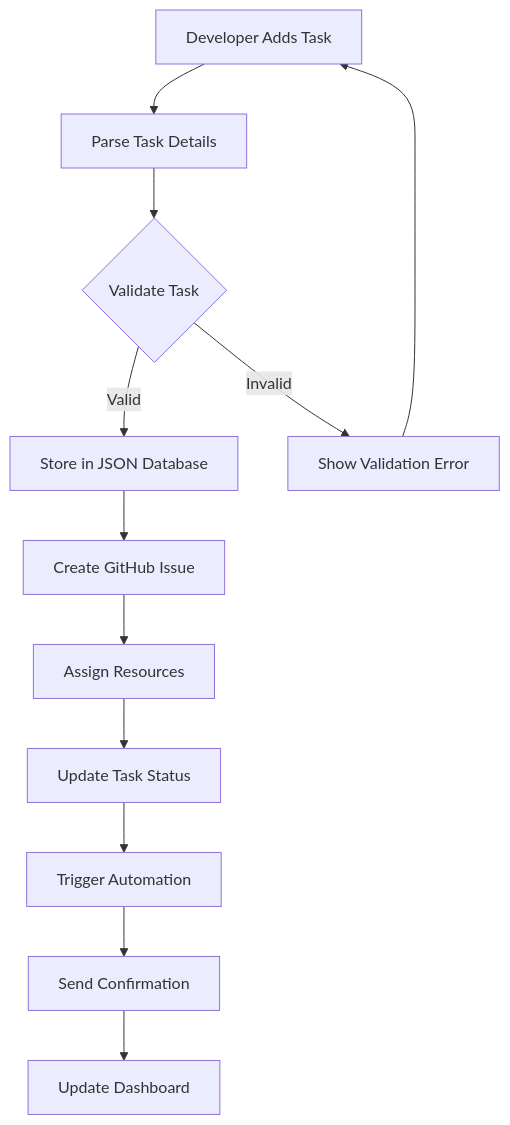
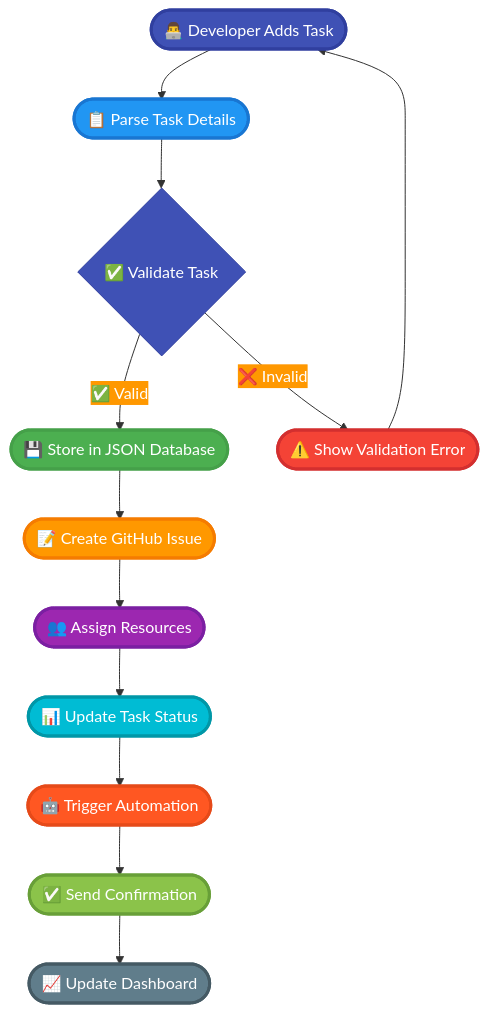
The fourth of 13 diagrams in README.md (Shakour-Data/AutoProjectManagement), drawn with Mermaid before and after one commit. The commit also changed other lines of this file, not shown here.

Commit message:
`Added detailed system architecture diagrams and UML diagrams to the README file.`

````diff
--- a/README.md
+++ b/README.md
@@ -92,14 +119,26 @@
 ```mermaid
+%%{init: {'theme':'base', 'themeVariables': { 'primaryColor': '#3F51B5', 'primaryTextColor': '#fff', 'primaryBorderColor': '#303F9F', 'lineColor': '#333', 'secondaryColor': '#FF9800', 'tertiaryColor': '#fff'}}}%%
 flowchart TD
-    A[Developer Adds Task] --> B[Parse Task Details]
-    B --> C{Validate Task}
-    C -->|Valid| D[Store in JSON Database]
-    C -->|Invalid| E[Show Validation Error]
+    A([👨‍💻 Developer Adds Task]) --> B([📋 Parse Task Details])
+    B --> C{✅ Validate Task}
+    C -->|✅ Valid| D([💾 Store in JSON Database])
+    C -->|❌ Invalid| E([⚠️ Show Validation Error])
     E --> A
-    D --> F[Create GitHub Issue]
-    F --> G[Assign Resources]
-    G --> H[Update Task Status]
-    H --> I[Trigger Automation]
-    I --> J[Send Confirmation]
-    J --> K[Update Dashboard]
+    D --> F([📝 Create GitHub Issue])
+    F --> G([👥 Assign Resources])
+    G --> H([📊 Update Task Status])
+    H --> I([🤖 Trigger Automation])
+    I --> J([✅ Send Confirmation])
+    J --> K([📈 Update Dashboard])
+    
+    style A fill:#3F51B5,stroke:#303F9F,stroke-width:3px,color:#fff
+    style B fill:#2196F3,stroke:#1976D2,stroke-width:3px,color:#fff
+    style D fill:#4CAF50,stroke:#45a049,stroke-width:3px,color:#fff
+    style E fill:#F44336,stroke:#D32F2F,stroke-width:3px,color:#fff
+    style F fill:#FF9800,stroke:#F57C00,stroke-width:3px,color:#fff
+    style G fill:#9C27B0,stroke:#7B1FA2,stroke-width:3px,color:#fff
+    style H fill:#00BCD4,stroke:#0097A7,stroke-width:3px,color:#fff
+    style I fill:#FF5722,stroke:#E64A19,stroke-width:3px,color:#fff
+    style J fill:#8BC34A,stroke:#689F38,stroke-width:3px,color:#fff
+    style K fill:#607D8B,stroke:#455A64,stroke-width:3px,color:#fff
 ```
````
